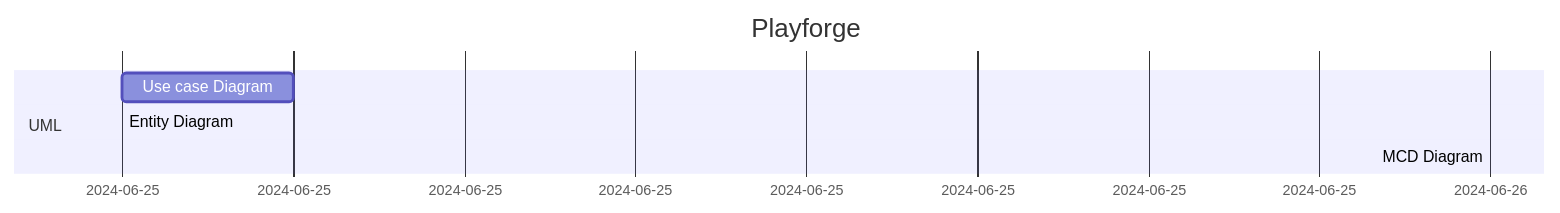
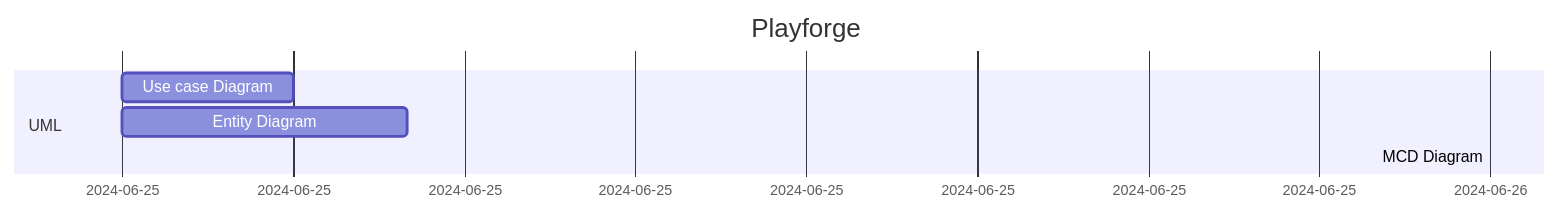
The first of 3 diagrams in README.md (JameS-Gmz/api-Rest), drawn with Mermaid before and after one commit.

````diff
--- a/README.md
+++ b/README.md
@@ -45,9 +45,9 @@
 ```mermaid
 gantt
     title Playforge
     dateFormat MM-DD
     section UML
         Use case Diagram    : 06-25,3h
-        Entity Diagram    : 06-25, 13h 26m 
+        Entity Diagram    : 06-25, 5h
         MCD Diagram    : 06-26, 9am 4h
 ```
````
